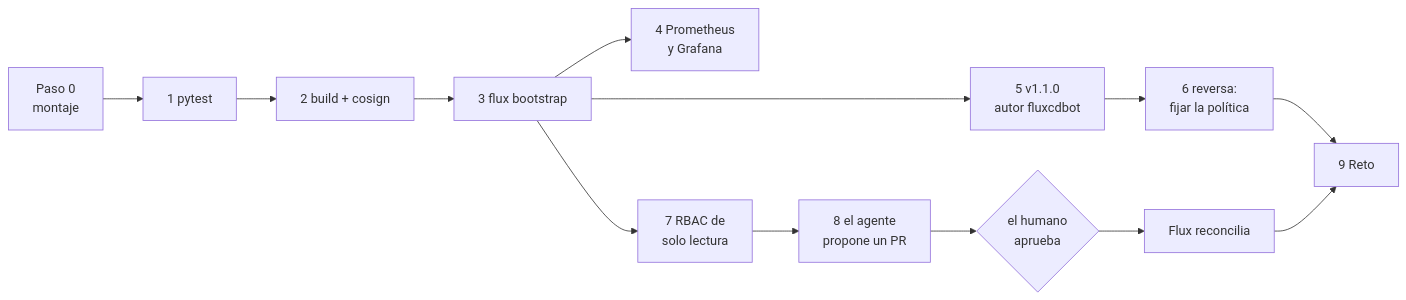
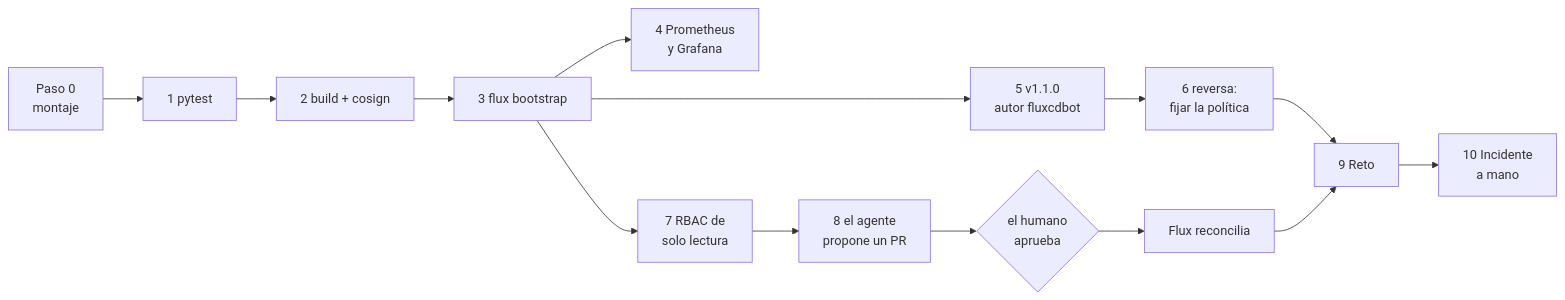
Before and after one commit to lfarizav/topicos-especiales: the first of 6 diagrams in modulo8/laboratorio-gitops-2.md, drawn with Mermaid. The commit also changed other lines of this file and 9 other files, not shown here.

First line of the commit message:
feat(modulo8): incidente en producción a mano en los laboratorios GitOps 1 y 2

````diff
--- a/modulo8/laboratorio-gitops-2.md
+++ b/modulo8/laboratorio-gitops-2.md
@@ -32,15 +34,16 @@
 ```mermaid
 flowchart LR
   S["Paso 0<br/>montaje"] --> P1["1 pytest"]
   P1 --> P2["2 build + cosign"]
   P2 --> P3["3 flux bootstrap"]
   P3 --> P4["4 Prometheus<br/>y Grafana"]
   P3 --> P5["5 v1.1.0<br/>autor fluxcdbot"]
   P5 --> P6["6 reversa:<br/>fijar la política"]
   P3 --> P7["7 RBAC de<br/>solo lectura"]
   P7 --> P8["8 el agente<br/>propone un PR"]
   P8 --> H{"el humano<br/>aprueba"}
   H --> F["Flux reconcilia"]
   P6 --> R["9 Reto"]
   F --> R
+  R --> I["10 Incidente<br/>a mano"]
 ```
````
